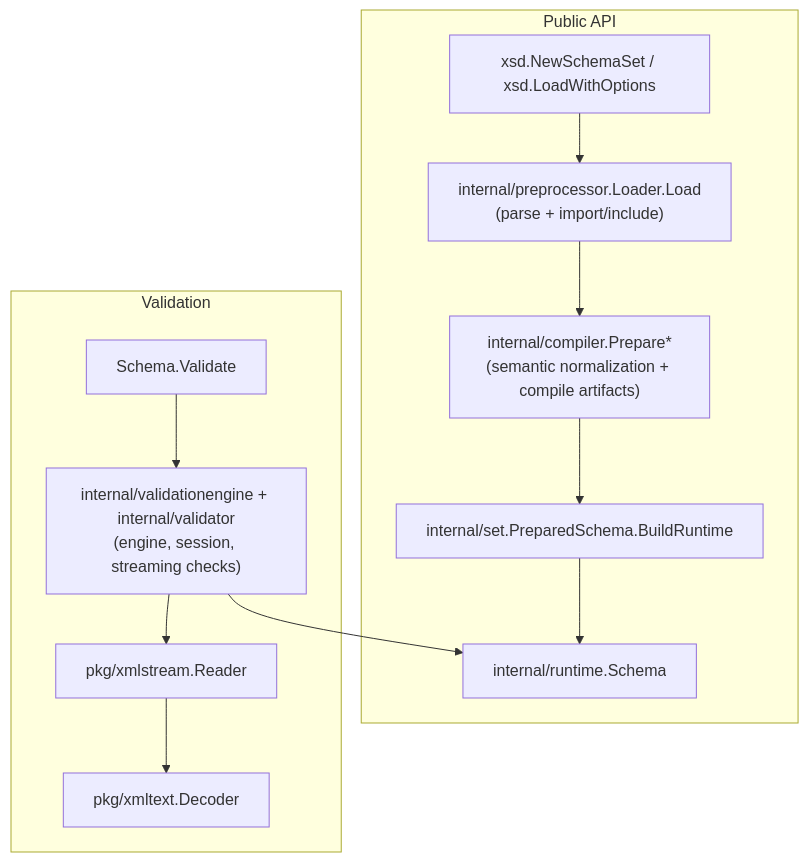
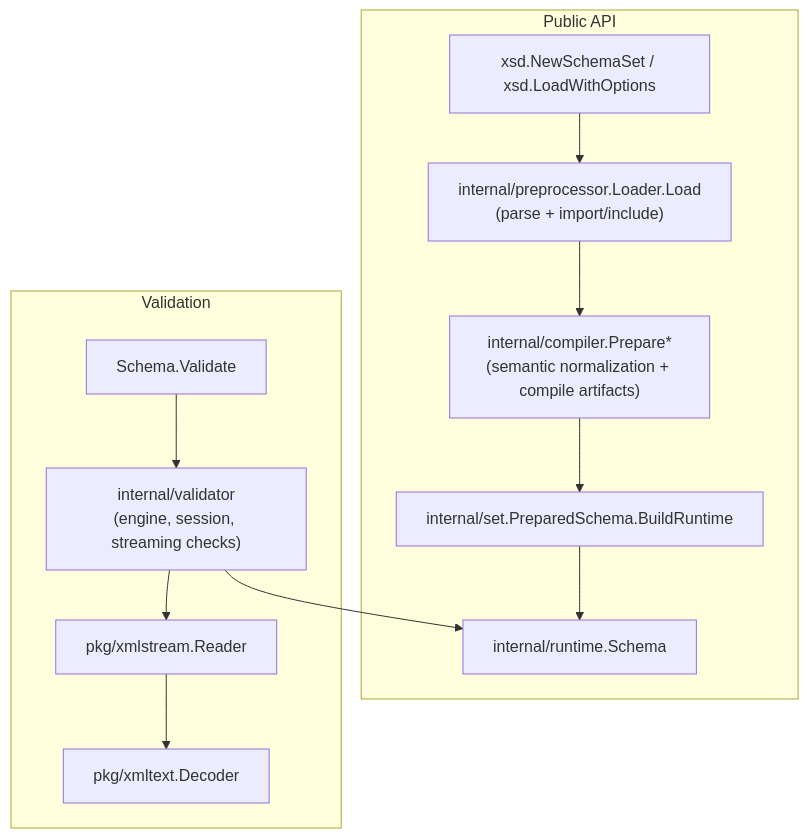
One commit to jacoelho/xsd changed the second of 5 diagrams in docs/architecture.md. Above: the diagram before and after it, drawn with Mermaid. The commit also changed other lines of this file and 74 other files, not shown here.

````diff
--- a/docs/architecture.md
+++ b/docs/architecture.md
@@ -47,12 +47,12 @@
 ```mermaid
 flowchart TD
   subgraph PublicAPI["Public API"]
     Load["xsd.NewSchemaSet / xsd.LoadWithOptions"] --> Loader["internal/preprocessor.Loader.Load<br/>(parse + import/include)"] --> Compile["internal/compiler.Prepare*<br/>(semantic normalization + compile artifacts)"] --> Build["internal/set.PreparedSchema.BuildRuntime"] --> Runtime["internal/runtime.Schema"]
   end
   subgraph Validation
-    Validate["Schema.Validate"] --> ValidatorPkg["internal/validationengine + internal/validator<br/>(engine, session, streaming checks)"]
+    Validate["Schema.Validate"] --> ValidatorPkg["internal/validator<br/>(engine, session, streaming checks)"]
     ValidatorPkg --> Runtime
     ValidatorPkg --> XMLPkg["pkg/xmlstream.Reader"]
     XMLPkg --> XMLText["pkg/xmltext.Decoder"]
   end
 ```
````
